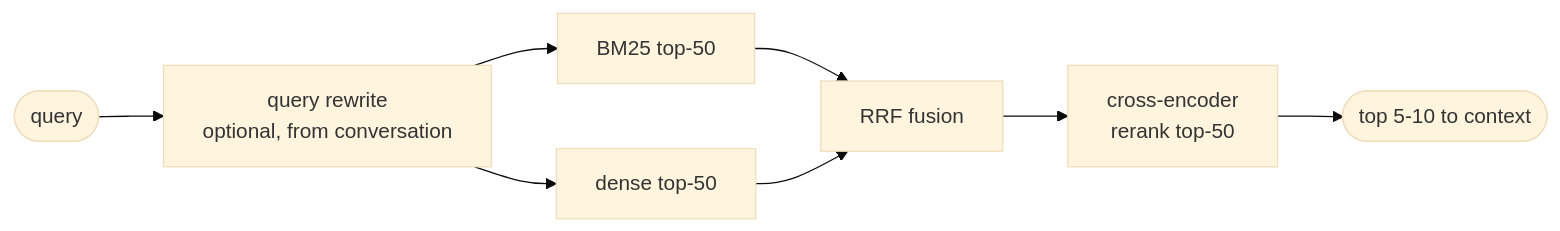
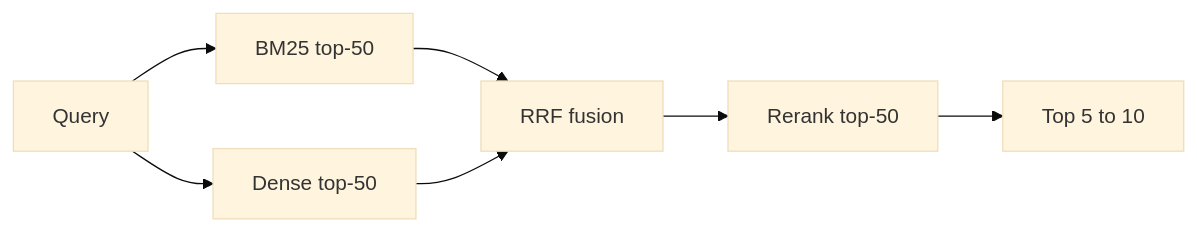
The third of 11 diagrams in data/blog/ai-engineers-swiss-knife.mdx (ashimsharma10/ashimsharma10.github.io), drawn with Mermaid (base theme) before and after one commit. The commit also changed other lines of this file and 3 other files, not shown here.

Commit message:
Simplify Swiss Knife write-up: plain prose, no dashes, readable flowcharts, less code

````diff
--- a/data/blog/ai-engineers-swiss-knife.mdx
+++ b/data/blog/ai-engineers-swiss-knife.mdx
@@ -415,10 +352,9 @@
 ```mermaid
 flowchart LR
-    Q([query]) --> QR[query rewrite\noptional, from conversation]
-    QR --> B[BM25 top-50]
-    QR --> D[dense top-50]
+    Q[Query] --> B[BM25 top-50]
+    Q --> D[Dense top-50]
     B --> F[RRF fusion]
     D --> F
-    F --> RR[cross-encoder\nrerank top-50]
-    RR --> K([top 5-10 to context])
+    F --> RR[Rerank top-50]
+    RR --> K[Top 5 to 10]
 ```
````
